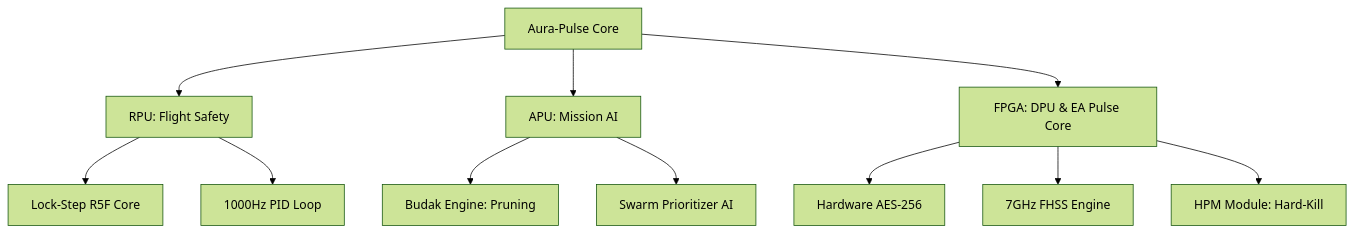
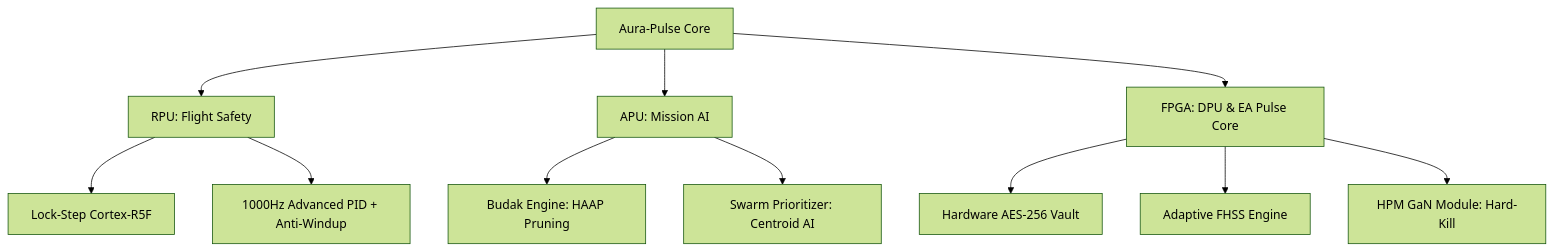
The diagram in README.md (arch-yunus/AURA-PULSE-Autonomous-Aerial-Electronic-Attack), drawn with Mermaid (forest theme) before and after one commit. The commit also changed other lines of this file, not shown here.

````diff
--- a/README.md
+++ b/README.md
@@ -20,16 +21,16 @@
 ```mermaid
 graph TD
     A[Aura-Pulse Core] --> B[RPU: Flight Safety]
     A --> C[APU: Mission AI]
     A --> D[FPGA: DPU & EA Pulse Core]
     
-    B --> B1[Lock-Step R5F Core]
-    B --> B2[1000Hz PID Loop]
+    B --> B1[Lock-Step Cortex-R5F]
+    B --> B2[1000Hz Advanced PID + Anti-Windup]
     
-    C --> C1[Budak Engine: Pruning]
-    C --> C2[Swarm Prioritizer AI]
+    C --> C1[Budak Engine: HAAP Pruning]
+    C --> C2[Swarm Prioritizer: Centroid AI]
     
-    D --> D1[Hardware AES-256]
-    D --> D2[7GHz FHSS Engine]
-    D --> D3[HPM Module: Hard-Kill]
+    D --> D1[Hardware AES-256 Vault]
+    D --> D2[Adaptive FHSS Engine]
+    D --> D3[HPM GaN Module: Hard-Kill]
 ```
````
